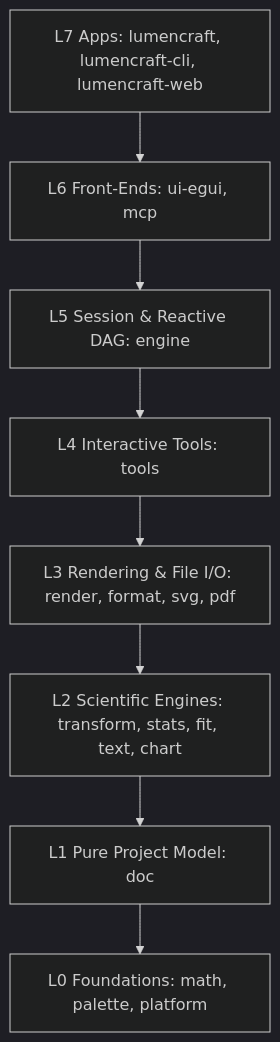
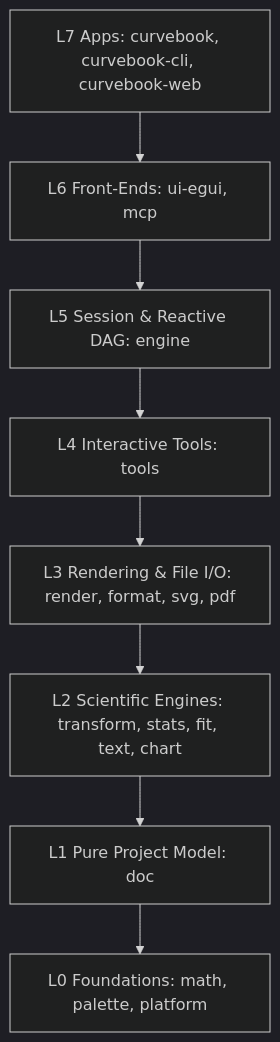
The diagram in docs/architecture.md (HauserGroup/curvebook), drawn with Mermaid (dark theme) before and after one commit. The commit also changed other lines of this file and 582 other files, not shown here.

````diff
--- a/docs/architecture.md
+++ b/docs/architecture.md
@@ -5,19 +5,19 @@
 ```mermaid
 flowchart TD
-    L7["L7 Apps: lumencraft, lumencraft-cli, lumencraft-web"]
+    L7["L7 Apps: curvebook, curvebook-cli, curvebook-web"]
     L6["L6 Front-Ends: ui-egui, mcp"]
     L5["L5 Session & Reactive DAG: engine"]
     L4["L4 Interactive Tools: tools"]
     L3["L3 Rendering & File I/O: render, format, svg, pdf"]
     L2["L2 Scientific Engines: transform, stats, fit, text, chart"]
     L1["L1 Pure Project Model: doc"]
     L0["L0 Foundations: math, palette, platform"]
 
     L7 --> L6
     L6 --> L5
     L5 --> L4
     L4 --> L3
     L3 --> L2
     L2 --> L1
     L1 --> L0
 ```
````
